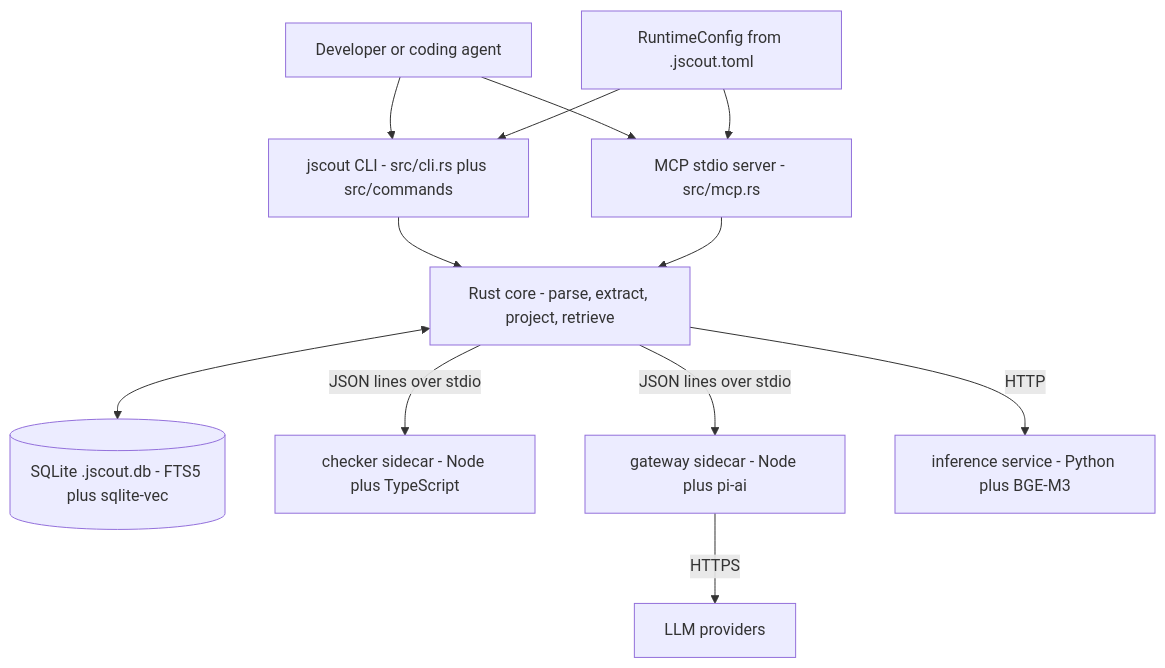
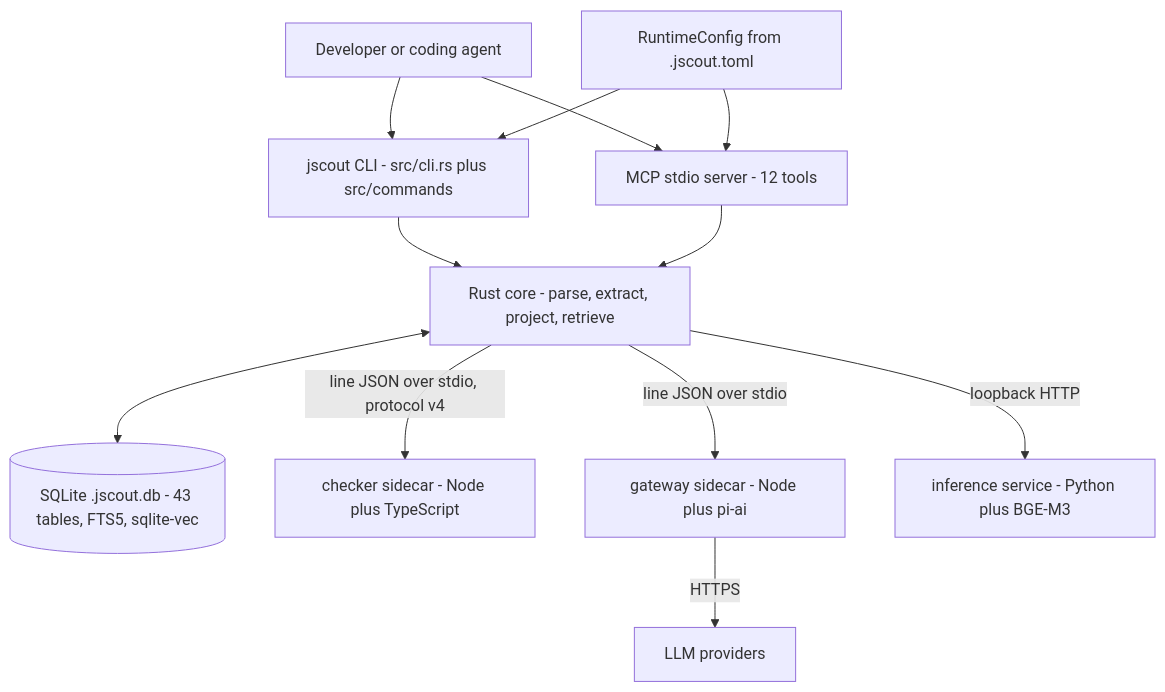
Before and after one commit to iantocristian/jscout: the first of 3 diagrams in docs/codebase-analysis/01-system-overview.md, drawn with Mermaid. The commit also changed other lines of this file and 33 other files, not shown here.

````diff
--- a/docs/codebase-analysis/01-system-overview.md
+++ b/docs/codebase-analysis/01-system-overview.md
@@ -22,25 +22,25 @@
 ```mermaid
 flowchart TD
     USER["Developer or coding agent"]
     CLI["jscout CLI - src/cli.rs plus src/commands"]
-    MCP["MCP stdio server - src/mcp.rs"]
+    MCP["MCP stdio server - 12 tools"]
     CFG["RuntimeConfig from .jscout.toml"]
     CORE["Rust core - parse, extract, project, retrieve"]
-    DB[("SQLite .jscout.db - FTS5 plus sqlite-vec")]
+    DB[("SQLite .jscout.db - 43 tables, FTS5, sqlite-vec")]
     CHK["checker sidecar - Node plus TypeScript"]
     GW["gateway sidecar - Node plus pi-ai"]
     INF["inference service - Python plus BGE-M3"]
     LLM["LLM providers"]
 
     USER --> CLI
     USER --> MCP
     CFG --> CLI
     CFG --> MCP
     CLI --> CORE
     MCP --> CORE
     CORE <--> DB
-    CORE -->|"JSON lines over stdio"| CHK
-    CORE -->|"JSON lines over stdio"| GW
-    CORE -->|"HTTP"| INF
+    CORE -->|"line JSON over stdio, protocol v4"| CHK
+    CORE -->|"line JSON over stdio"| GW
+    CORE -->|"loopback HTTP"| INF
     GW -->|"HTTPS"| LLM
 ```
````
